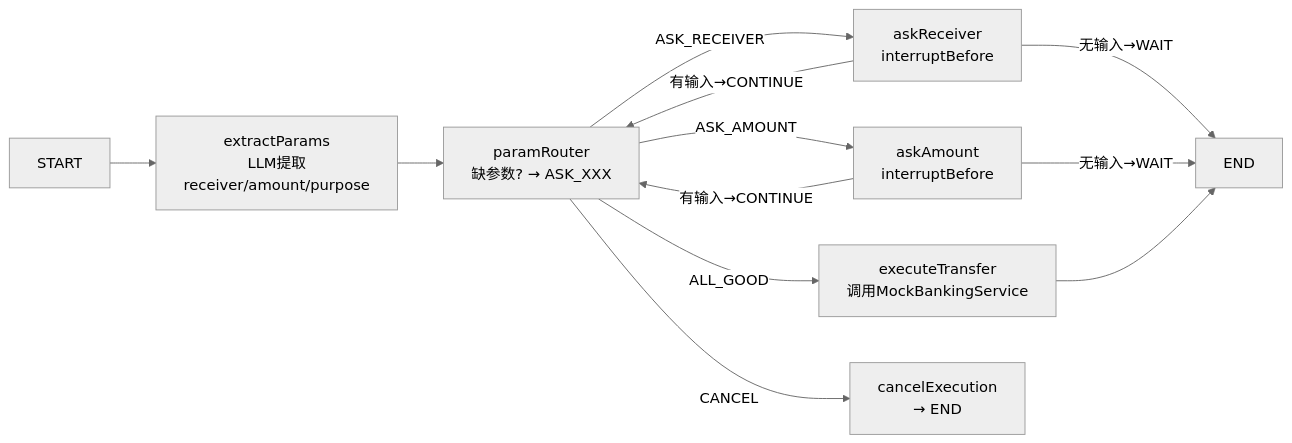
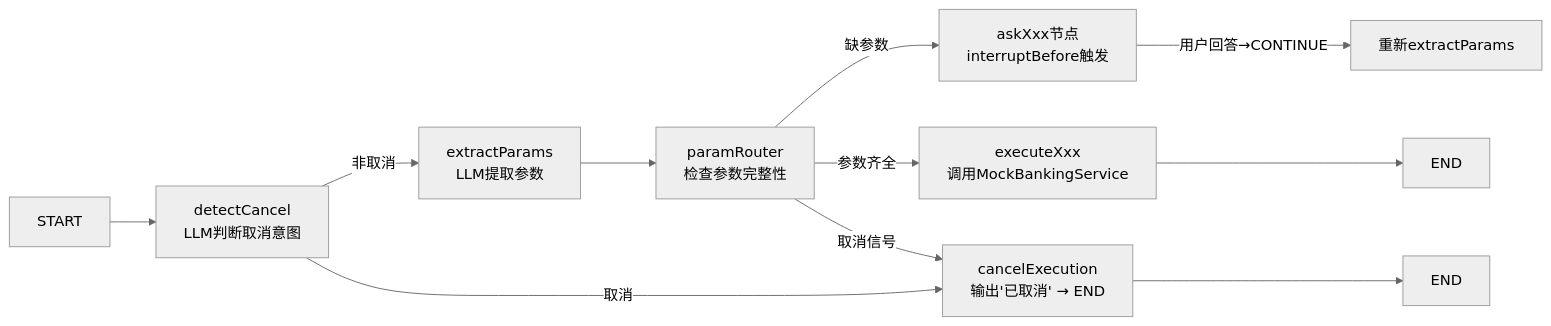
The eighth of 22 diagrams in ARCHITECTURE-FULL.md (michael-lin-45/mobile-ai-bank-demo---workbuddy), drawn with Mermaid (neutral theme) before and after one commit. The commit also changed other lines of this file and 30 other files, not shown here.

````diff
--- a/ARCHITECTURE-FULL.md
+++ b/ARCHITECTURE-FULL.md
@@ -366,14 +332,13 @@
 ```mermaid
 graph LR
-    START --> EP["extractParams<br/>LLM提取receiver/amount/purpose"]
-    EP --> PR["paramRouter<br/>缺参数? → ASK_XXX"]
-    PR -->|"ASK_RECEIVER"| AR["askReceiver<br/>interruptBefore"]
-    PR -->|"ASK_AMOUNT"| AA["askAmount<br/>interruptBefore"]
-    PR -->|"ALL_GOOD"| EX["executeTransfer<br/>调用MockBankingService"]
-    PR -->|"CANCEL"| CE["cancelExecution<br/>→ END"]
-    AR -->|"有输入→CONTINUE"| PR
-    AR -->|"无输入→WAIT"| END
-    AA -->|"有输入→CONTINUE"| PR
-    AA -->|"无输入→WAIT"| END
-    EX --> END
+    START --> DC["detectCancel<br/>LLM判断取消意图"]
+    DC -->|"非取消"| EP["extractParams<br/>LLM提取参数"]
+    DC -->|"取消"| CE["cancelExecution<br/>输出'已取消' → END"]
+    EP --> PR["paramRouter<br/>检查参数完整性"]
+    PR -->|"缺参数"| ASK["askXxx节点<br/>interruptBefore触发"]
+    PR -->|"参数齐全"| EXEC["executeXxx<br/>调用MockBankingService"]
+    PR -->|"取消信号"| CE
+    ASK -->|"用户回答→CONTINUE"| EP2["重新extractParams"]
+    EXEC --> END2["END"]
+    CE --> END3["END"]
 ```
````
